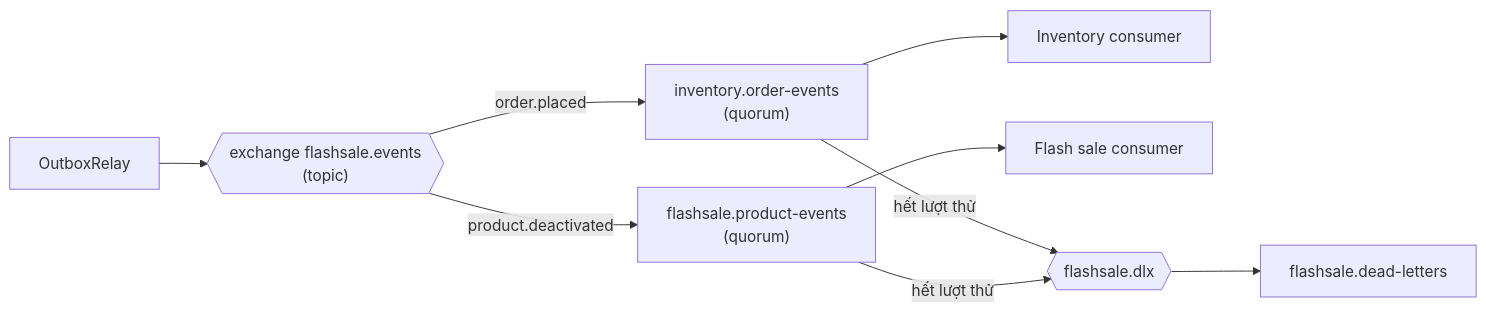
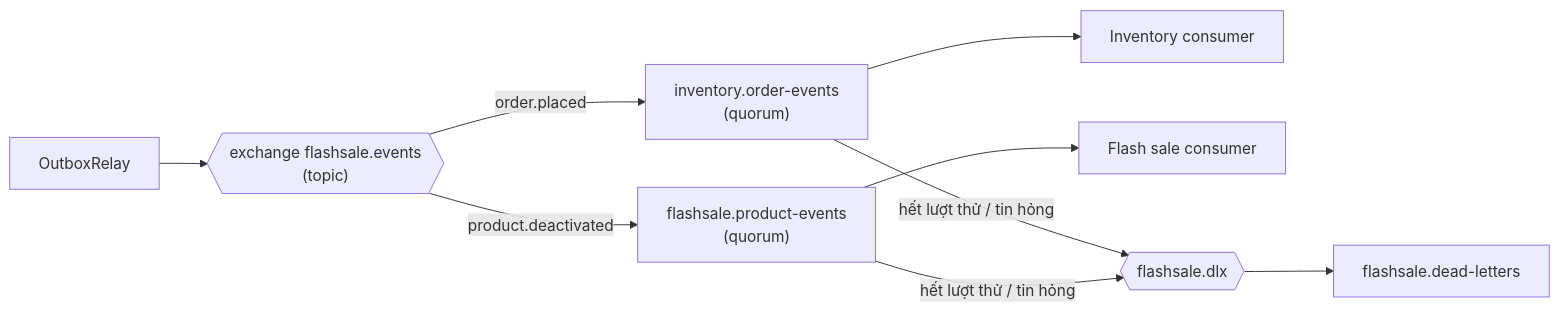
One commit to lebronjamesbe01-dev/flashsale-service changed diagram 11 of 14 in docs/system-design.md. Above: the diagram before and after it, drawn with Mermaid. The commit also changed other lines of this file and 1 other file, not shown here.

Commit message:
docs: update README and system design for hardened flows

````diff
--- a/docs/system-design.md
+++ b/docs/system-design.md
@@ -377,11 +380,11 @@
 ```mermaid
 flowchart LR
     P["OutboxRelay"] --> EX{{"exchange flashsale.events<br/>(topic)"}}
     EX -- "order.placed" --> Q1["inventory.order-events<br/>(quorum)"]
     EX -- "product.deactivated" --> Q2["flashsale.product-events<br/>(quorum)"]
     Q1 --> L1["Inventory consumer"]
     Q2 --> L2["Flash sale consumer"]
-    Q1 -- "hết lượt thử" --> DLX{{"flashsale.dlx"}}
-    Q2 -- "hết lượt thử" --> DLX
+    Q1 -- "hết lượt thử / tin hỏng" --> DLX{{"flashsale.dlx"}}
+    Q2 -- "hết lượt thử / tin hỏng" --> DLX
     DLX --> DLQ["flashsale.dead-letters"]
 ```
````
